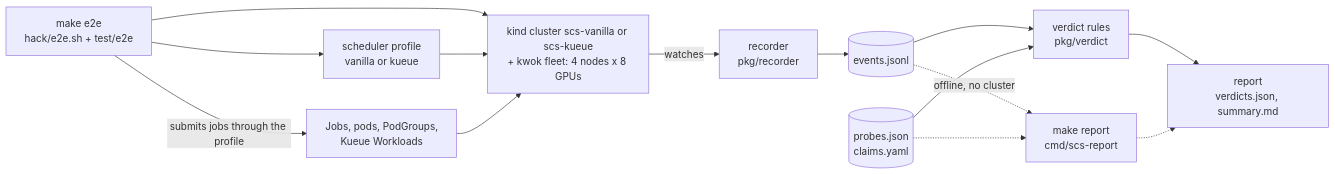
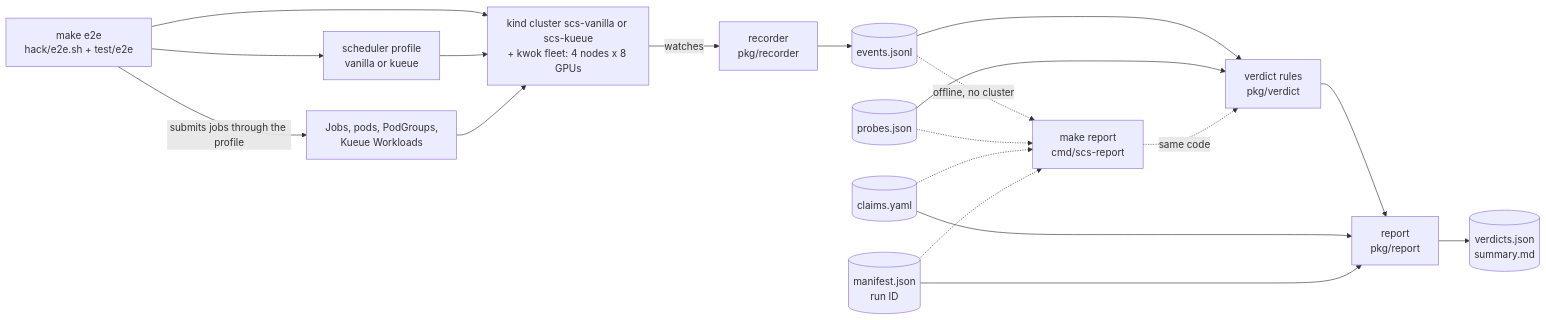
The diagram in docs/architecture.md (ArangoGutierrez/scheduler-capabilities-suite), drawn with Mermaid before and after one commit. The commit also changed other lines of this file and 6 other files, not shown here.

````diff
--- a/docs/architecture.md
+++ b/docs/architecture.md
@@ -19,16 +19,21 @@
 ```mermaid
 flowchart LR
     suite["make e2e<br/>hack/e2e.sh + test/e2e"] --> cluster["kind cluster scs-vanilla or scs-kueue<br/>+ kwok fleet: 4 nodes x 8 GPUs"]
     suite --> profile["scheduler profile<br/>vanilla or kueue"]
     profile --> cluster
     suite -- "submits jobs through the profile" --> workloads["Jobs, pods, PodGroups,<br/>Kueue Workloads"]
     workloads --> cluster
     cluster -- "watches" --> recorder["recorder<br/>pkg/recorder"]
     recorder --> events[("events.jsonl")]
     events --> rules["verdict rules<br/>pkg/verdict"]
-    probes[("probes.json<br/>claims.yaml")] --> rules
-    rules --> report["report<br/>verdicts.json, summary.md"]
+    probes[("probes.json")] --> rules
+    rules --> report["report<br/>pkg/report"]
+    claims[("claims.yaml")] --> report
+    manifest[("manifest.json<br/>run ID")] --> report
+    report --> out[("verdicts.json<br/>summary.md")]
     events -. "offline, no cluster" .-> rebuild["make report<br/>cmd/scs-report"]
     probes -.-> rebuild
-    rebuild -.-> report
+    claims -.-> rebuild
+    manifest -.-> rebuild
+    rebuild -. "same code" .-> rules
 ```
````
